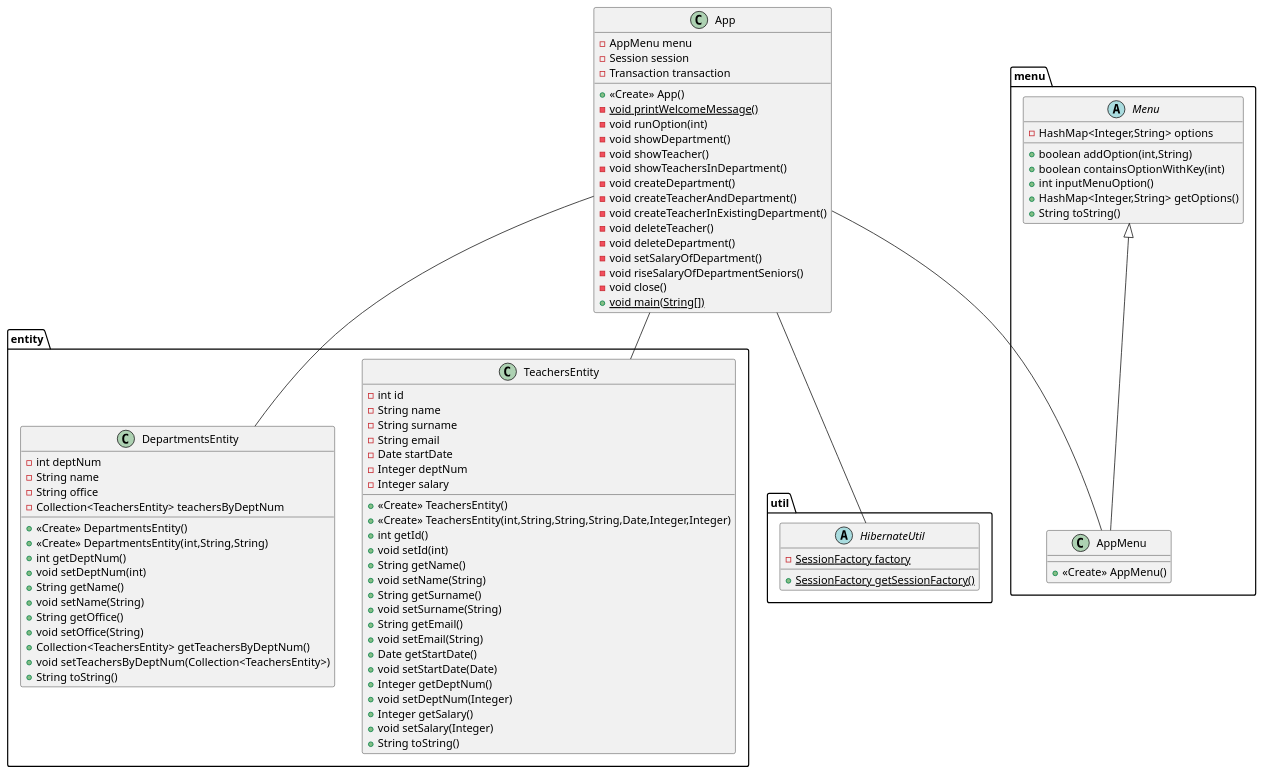
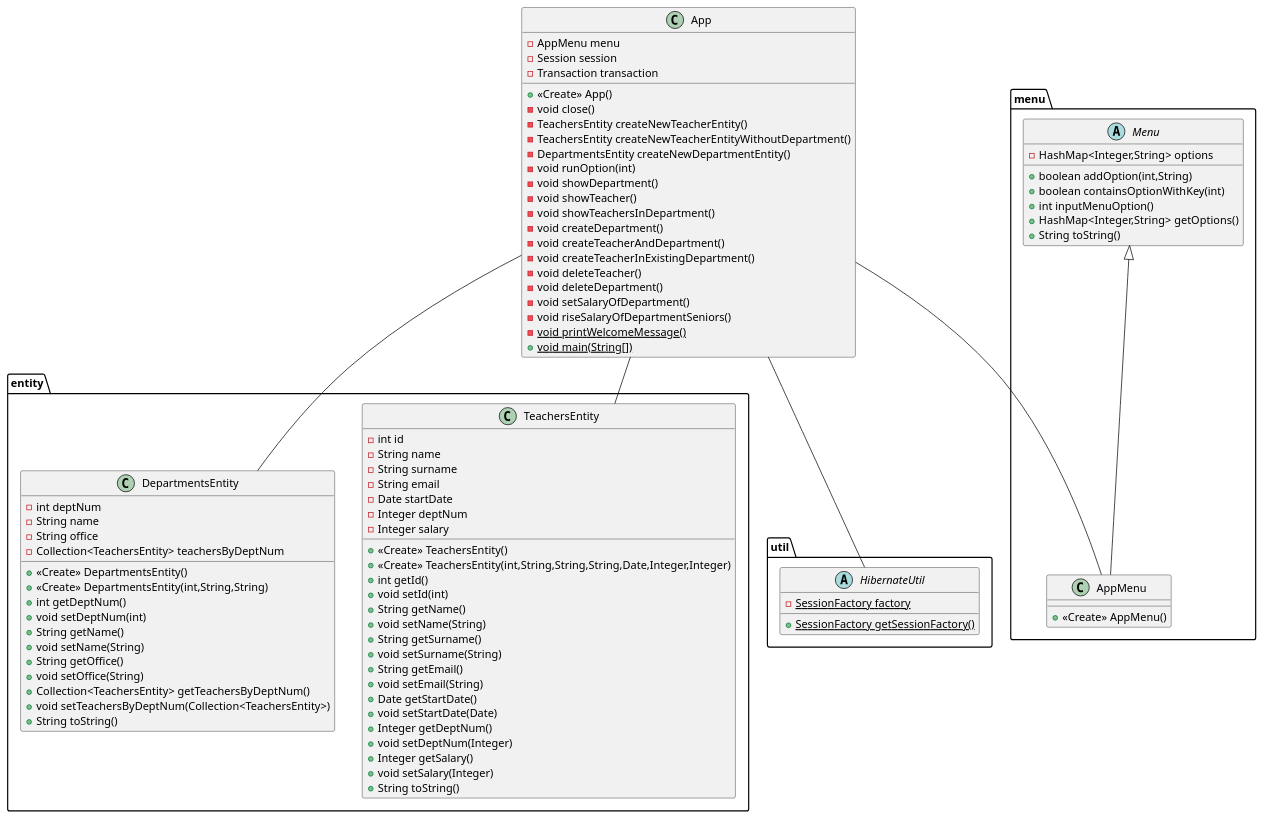
The diagram in AD/UD04/HibernateCRUD/docs/ClassDiagram.puml (VictoRPiles/dam-2), drawn with PlantUML before and after one commit. The commit also changed 38 other files, not shown here.

```diff
--- a/AD/UD04/HibernateCRUD/docs/ClassDiagram.puml
+++ b/AD/UD04/HibernateCRUD/docs/ClassDiagram.puml
@@ -1,87 +1,91 @@
 @startuml
 class entity.TeachersEntity {
 - int id
 - String name
 - String surname
 - String email
 - Date startDate
 - Integer deptNum
 - Integer salary
 + <<Create>> TeachersEntity()
 + <<Create>> TeachersEntity(int,String,String,String,Date,Integer,Integer)
 + int getId()
 + void setId(int)
 + String getName()
 + void setName(String)
 + String getSurname()
 + void setSurname(String)
 + String getEmail()
 + void setEmail(String)
 + Date getStartDate()
 + void setStartDate(Date)
 + Integer getDeptNum()
 + void setDeptNum(Integer)
 + Integer getSalary()
 + void setSalary(Integer)
 + String toString()
 }
 abstract class menu.Menu {
 - HashMap<Integer,String> options
 + boolean addOption(int,String)
 + boolean containsOptionWithKey(int)
 + int inputMenuOption()
 + HashMap<Integer,String> getOptions()
 + String toString()
 }
 class App {
 - AppMenu menu
 - Session session
 - Transaction transaction
 + <<Create>> App()
-- {static} void printWelcomeMessage()
+- void close()
+- TeachersEntity createNewTeacherEntity()
+- TeachersEntity createNewTeacherEntityWithoutDepartment()
+- DepartmentsEntity createNewDepartmentEntity()
 - void runOption(int)
 - void showDepartment()
 - void showTeacher()
 - void showTeachersInDepartment()
 - void createDepartment()
 - void createTeacherAndDepartment()
 - void createTeacherInExistingDepartment()
 - void deleteTeacher()
 - void deleteDepartment()
 - void setSalaryOfDepartment()
 - void riseSalaryOfDepartmentSeniors()
-- void close()
+- {static} void printWelcomeMessage()
 + {static} void main(String[])
 }
 class menu.AppMenu {
 + <<Create>> AppMenu()
 }
 class entity.DepartmentsEntity {
 - int deptNum
 - String name
 - String office
 - Collection<TeachersEntity> teachersByDeptNum
 + <<Create>> DepartmentsEntity()
 + <<Create>> DepartmentsEntity(int,String,String)
 + int getDeptNum()
 + void setDeptNum(int)
 + String getName()
 + void setName(String)
 + String getOffice()
 + void setOffice(String)
 + Collection<TeachersEntity> getTeachersByDeptNum()
 + void setTeachersByDeptNum(Collection<TeachersEntity>)
 + String toString()
 }
 abstract class util.HibernateUtil {
 - {static} SessionFactory factory
 + {static} SessionFactory getSessionFactory()
 }
 
+
 menu.Menu <|-- menu.AppMenu
 
 App -- menu.AppMenu
 App -- entity.DepartmentsEntity
 App -- entity.TeachersEntity
 App -- util.HibernateUtil
 @enduml
```
